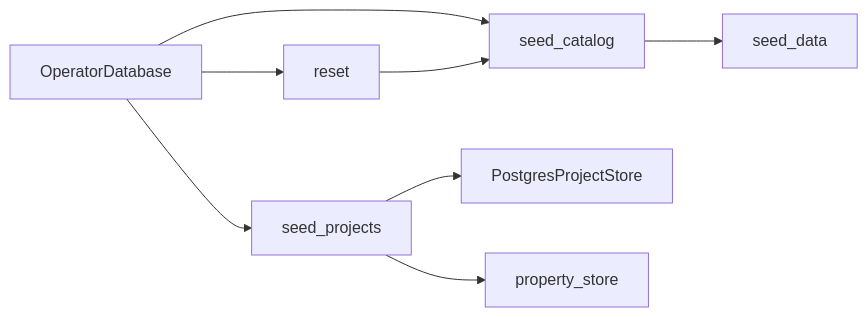
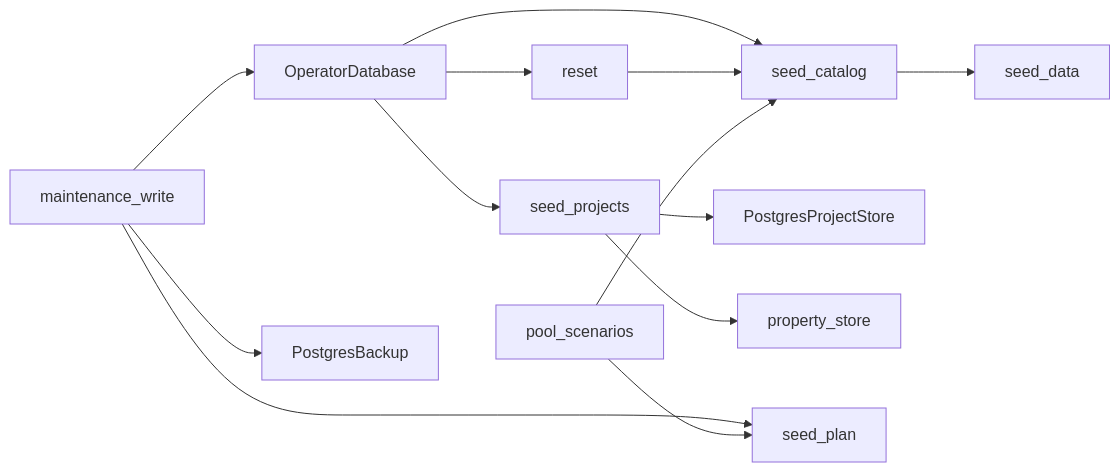
The diagram in docs/implementation/postgresql-seeding.md (cboguet83/eppm_demo), drawn with Mermaid before and after one commit. The commit also changed other lines of this file and 8 other files, not shown here.

Commit message:
Add native pool seed previews and backed-up operator transactions

````diff
--- a/docs/implementation/postgresql-seeding.md
+++ b/docs/implementation/postgresql-seeding.md
@@ -40,10 +59,15 @@
 ```mermaid
 flowchart LR
     OperatorDatabase --> seed_catalog
     OperatorDatabase --> seed_projects
     OperatorDatabase --> reset
     seed_catalog --> seed_data
     seed_projects --> PostgresProjectStore
     seed_projects --> property_store
     reset --> seed_catalog
+    maintenance_write --> PostgresBackup
+    maintenance_write --> OperatorDatabase
+    maintenance_write --> seed_plan
+    pool_scenarios --> seed_plan
+    pool_scenarios --> seed_catalog
 ```
````
